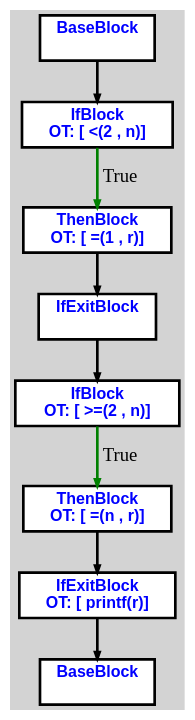
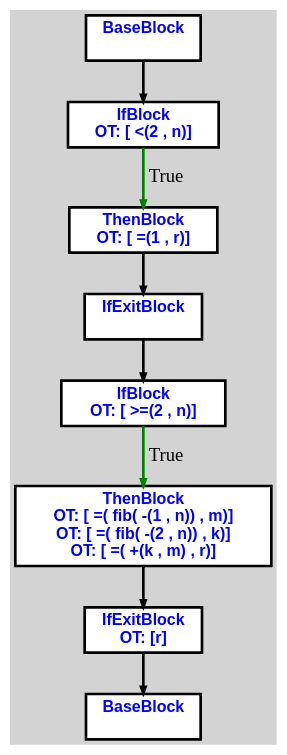
One commit to aveen007/CountingMonkeys changed the diagram in cpoCompilerWin/input2.txt.fib.dot. Above: the diagram before and after it, drawn with Graphviz. The commit also changed 15 other files, not shown here.

```diff
--- a/cpoCompilerWin/input2.txt.fib.dot
+++ b/cpoCompilerWin/input2.txt.fib.dot
@@ -1,27 +1,29 @@
 digraph G {
 ordering=out;
 ranksep=.4;
 bgcolor="lightgrey";  node [shape=box, fixedsize=false, fontsize=12, fontname="Helvetica-bold", fontcolor="blue"
 width=.25, height=.25, color="black", fillcolor="white", style="filled, solid, bold"];
 
-edge [arrowsize=.5, color="black", style="bold"]    n000011C7BD722600 [label="BaseBlock\n "]
-    n000011C7BD722660 [label="IfBlock\n OT: [ <(2 , n)]
+edge [arrowsize=.5, color="black", style="bold"]    n000011EC12C22600 [label="BaseBlock\n "]
+    n000011EC12C22660 [label="IfBlock\n OT: [ <(2 , n)]
 "]
-    n000011C7BD722600 -> n000011C7BD722660
-    n000011C7BD722660 -> n000011C7BD7226C0 [label="True" color="green"]
-    n000011C7BD7226C0 [label="ThenBlock\n OT: [ =(1 , r)]
+    n000011EC12C22600 -> n000011EC12C22660
+    n000011EC12C22660 -> n000011EC12C226C0 [label="True" color="green"]
+    n000011EC12C226C0 [label="ThenBlock\n OT: [ =(1 , r)]
 "]
-    n000011C7BD722720 [label="IfExitBlock\n "]
-    n000011C7BD7226C0 -> n000011C7BD722720
-    n000011C7BD722780 [label="IfBlock\n OT: [ >=(2 , n)]
+    n000011EC12C22720 [label="IfExitBlock\n "]
+    n000011EC12C226C0 -> n000011EC12C22720
+    n000011EC12C22780 [label="IfBlock\n OT: [ >=(2 , n)]
 "]
-    n000011C7BD722720 -> n000011C7BD722780
-    n000011C7BD722780 -> n000011C7BD7227E0 [label="True" color="green"]
-    n000011C7BD7227E0 [label="ThenBlock\n OT: [ =(n , r)]
+    n000011EC12C22720 -> n000011EC12C22780
+    n000011EC12C22780 -> n000011EC12C227E0 [label="True" color="green"]
+    n000011EC12C227E0 [label="ThenBlock\n OT: [ =( fib( -(1 , n)) , m)]
+OT: [ =( fib( -(2 , n)) , k)]
+OT: [ =( +(k , m) , r)]
 "]
-    n000011C7BD722840 [label="IfExitBlock\n OT: [ printf(r)]
+    n000011EC12C22840 [label="IfExitBlock\n OT: [r]
 "]
-    n000011C7BD7227E0 -> n000011C7BD722840
-    n000011C7BD7228A0 [label="BaseBlock\n "]
-    n000011C7BD722840 -> n000011C7BD7228A0
+    n000011EC12C227E0 -> n000011EC12C22840
+    n000011EC12C228A0 [label="BaseBlock\n "]
+    n000011EC12C22840 -> n000011EC12C228A0
 }
```
